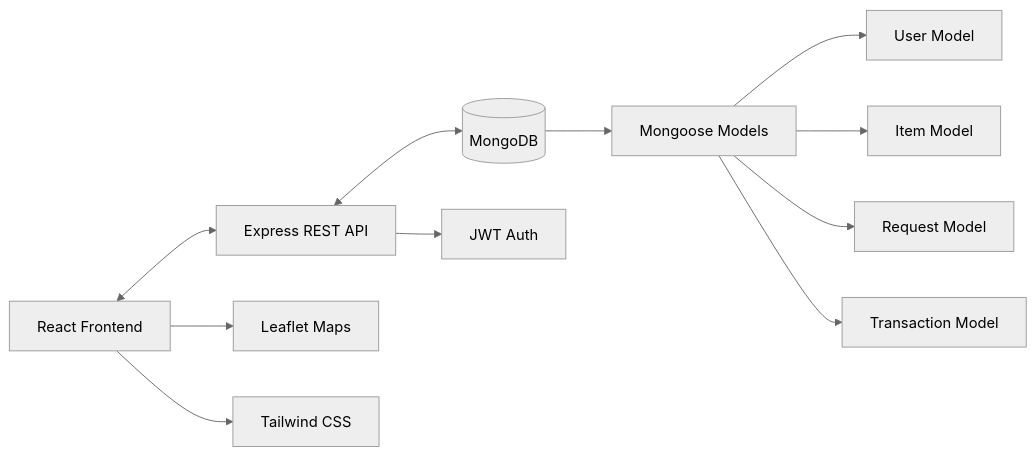
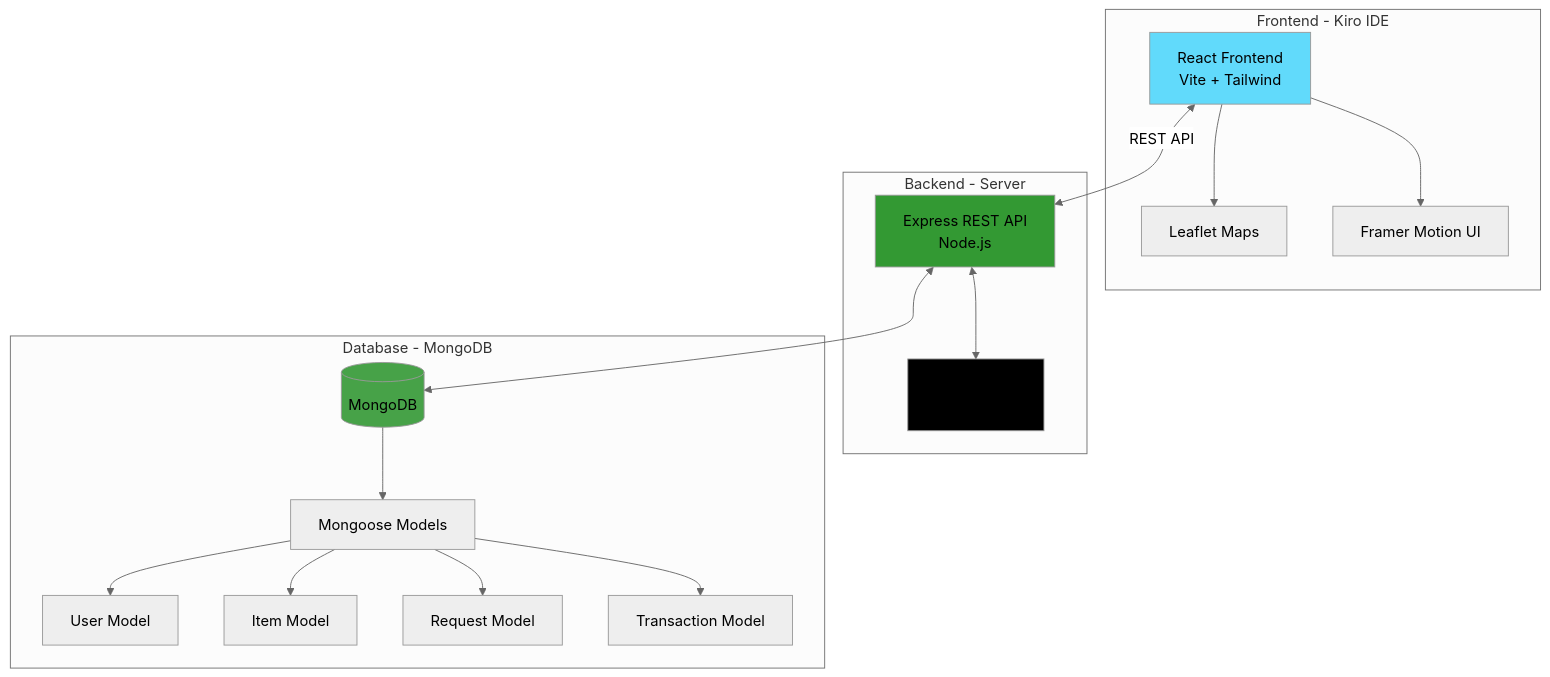
One commit to Pritam-mb/Hackxios changed the first of 3 diagrams in README.md. Above: the diagram before and after it, drawn with Mermaid (neutral theme). The commit also changed other lines of this file, not shown here.

````diff
--- a/README.md
+++ b/README.md
@@ -157,13 +206,38 @@
 ```mermaid
-flowchart LR
-    Client[React Frontend]<-->API[Express REST API]
-    API<-->DB[(MongoDB)]
-    API-->JWT[JWT Auth]
-    Client-->Maps[Leaflet Maps]
-    Client-->UI[Tailwind CSS]
-    DB-->Models[Mongoose Models]
-    Models-->User[User Model]
-    Models-->Item[Item Model]
-    Models-->Request[Request Model]
-    Models-->Transaction[Transaction Model]
+flowchart TB
+    subgraph "Frontend - Kiro IDE"
+        Client[React Frontend<br/>Vite + Tailwind]
+        Maps[Leaflet Maps]
+        UI[Framer Motion UI]
+    end
+    
+    subgraph "Backend - Server"
+        API[Express REST API<br/>Node.js]
+        JWT[JWT Auth<br/>Middleware]
+    end
+    
+    subgraph "Database - MongoDB"
+        DB[(MongoDB)]
+        Models[Mongoose Models]
+        User[User Model]
+        Item[Item Model]
+        Request[Request Model]
+        Transaction[Transaction Model]
+    end
+    
+    Client <-->|REST API| API
+    Client --> Maps
+    Client --> UI
+    API <--> JWT
+    API <--> DB
+    DB --> Models
+    Models --> User
+    Models --> Item
+    Models --> Request
+    Models --> Transaction
+    
+    style Client fill:#61DAFB
+    style API fill:#339933
+    style DB fill:#47A248
+    style JWT fill:#000000
 ```
````
